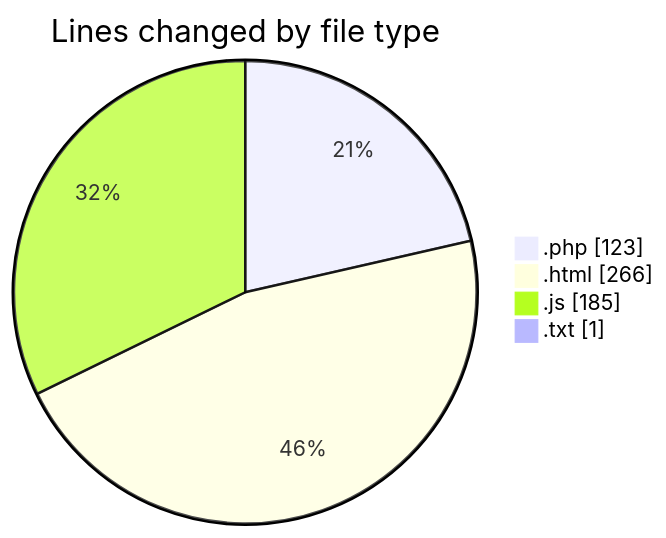
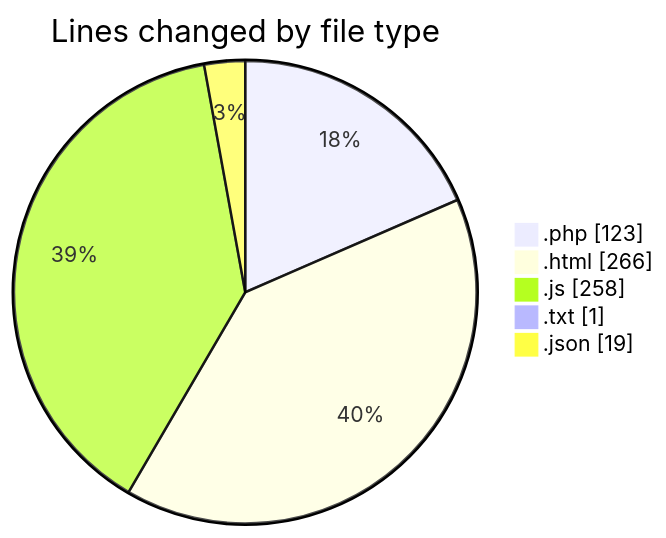
One commit to lephambinh05/code-tracking changed the first of 2 diagrams in 2025-08-10/getmailotp/README.md. Above: the diagram before and after it, drawn with Mermaid. The commit also changed other lines of this file and 1 other file, not shown here.

````diff
--- a/2025-08-10/getmailotp/README.md
+++ b/2025-08-10/getmailotp/README.md
@@ -23,8 +24,9 @@
 ```mermaid
 pie showData
 title Lines changed by file type
 ".php" : 123
 ".html" : 266
-".js" : 185
+".js" : 258
 ".txt" : 1
+".json" : 19
 ```
````
